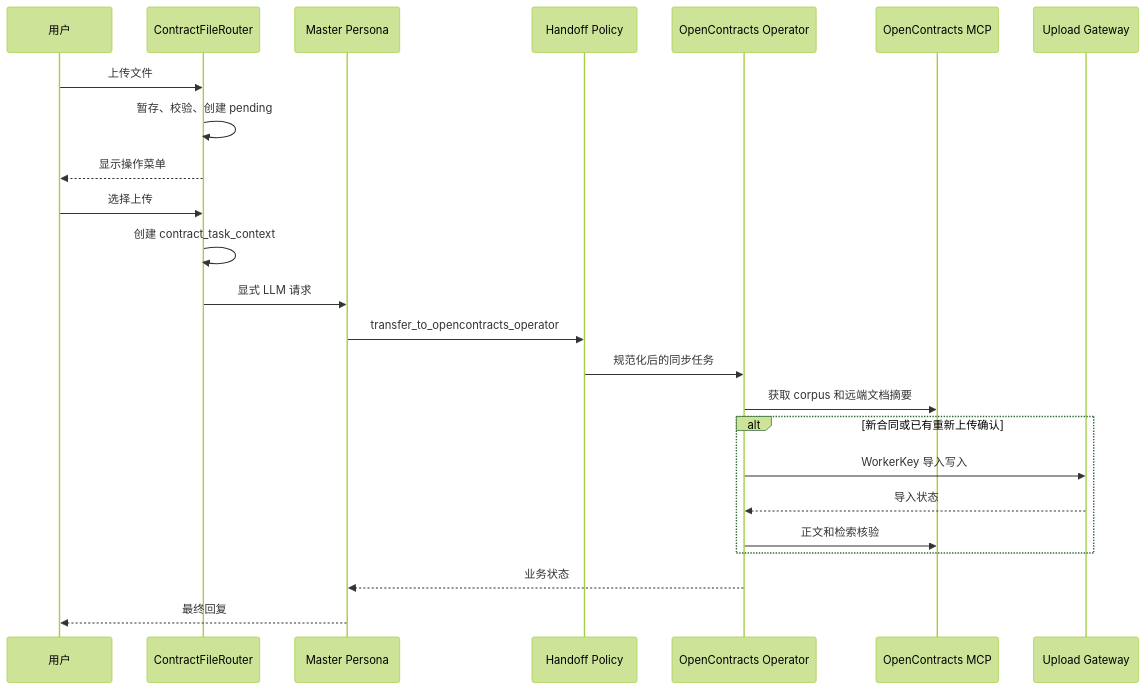
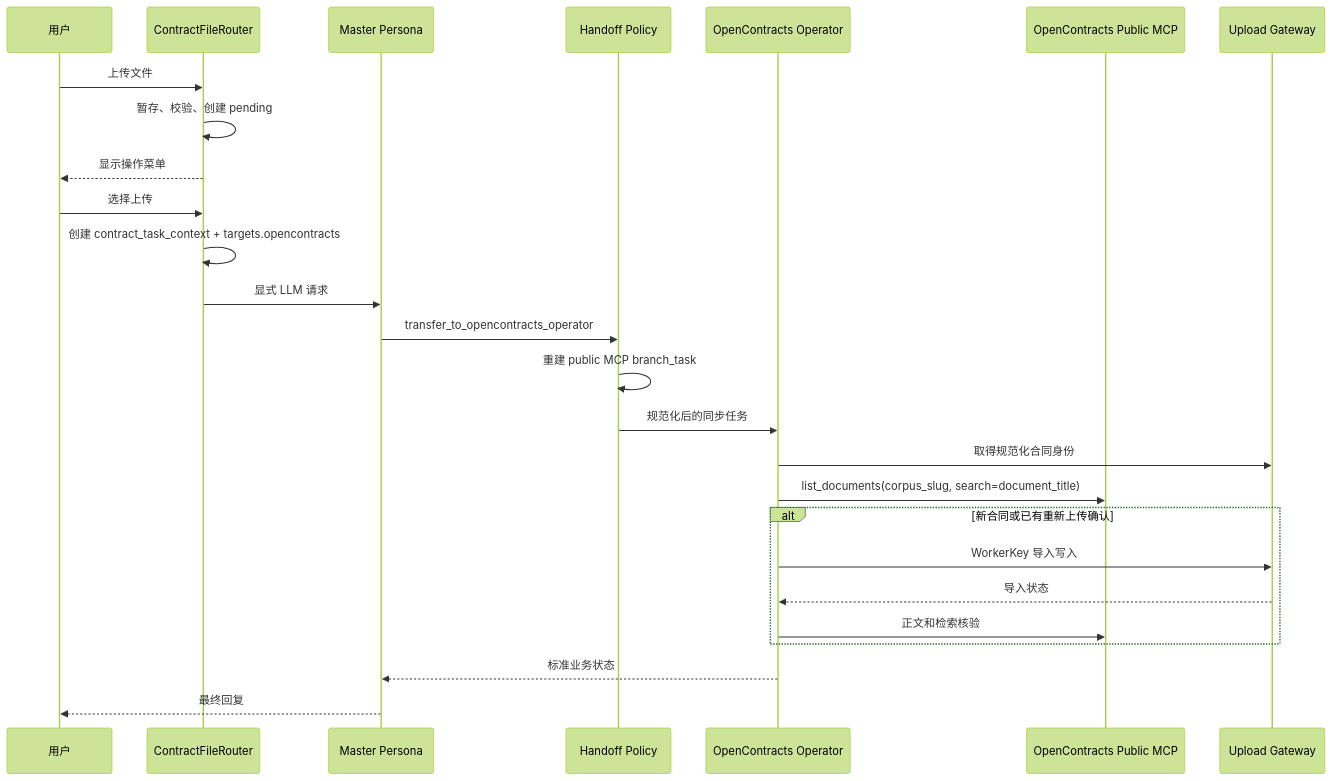
The third of 3 diagrams in plugins/astrbot_plugin_contract_file_router/README.md (Ri0n72Y/ContractBotConfig), drawn with Mermaid (forest theme) before and after one commit. The commit also changed other lines of this file, not shown here.

Commit message:
document Router public MCP target and compatibility

````diff
--- a/plugins/astrbot_plugin_contract_file_router/README.md
+++ b/plugins/astrbot_plugin_contract_file_router/README.md
@@ -77,27 +80,29 @@
 ```mermaid
 sequenceDiagram
     participant U as 用户
     participant R as ContractFileRouter
     participant M as Master Persona
     participant H as Handoff Policy
     participant O as OpenContracts Operator
-    participant MCP as OpenContracts MCP
+    participant MCP as OpenContracts Public MCP
     participant G as Upload Gateway
 
     U->>R: 上传文件
     R->>R: 暂存、校验、创建 pending
     R-->>U: 显示操作菜单
     U->>R: 选择上传
-    R->>R: 创建 contract_task_context
+    R->>R: 创建 contract_task_context + targets.opencontracts
     R->>M: 显式 LLM 请求
     M->>H: transfer_to_opencontracts_operator
+    H->>H: 重建 public MCP branch_task
     H->>O: 规范化后的同步任务
-    O->>MCP: 获取 corpus 和远端文档摘要
+    O->>G: 取得规范化合同身份
+    O->>MCP: list_documents(corpus_slug, search=document_title)
     alt 新合同或已有重新上传确认
         O->>G: WorkerKey 导入写入
         G-->>O: 导入状态
         O->>MCP: 正文和检索核验
     end
-    O-->>M: 业务状态
+    O-->>M: 标准业务状态
     M-->>U: 最终回复
 ```
````
